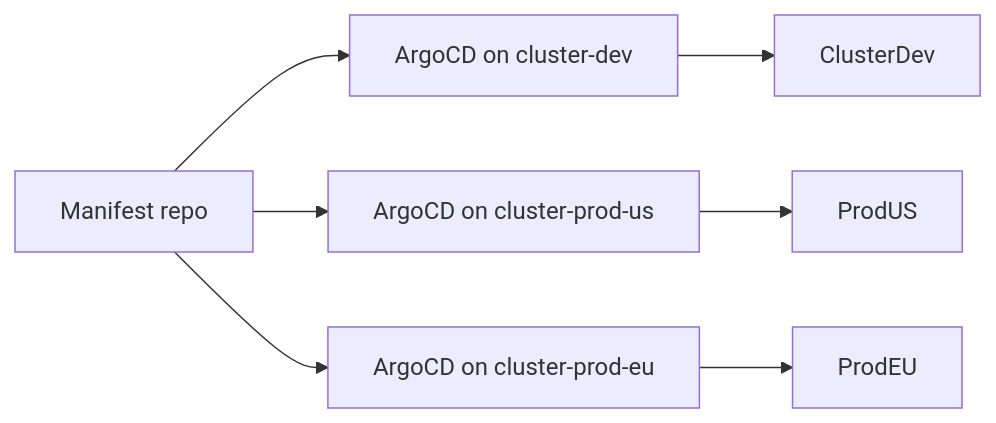
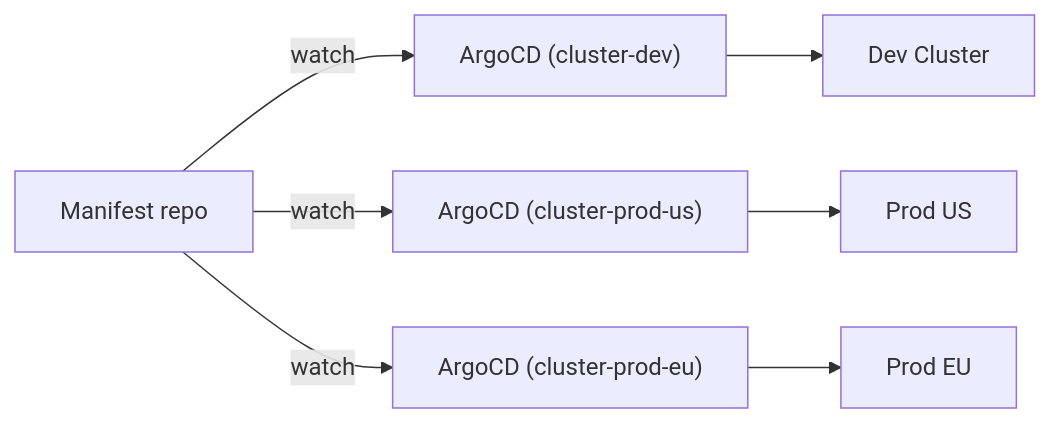
The seventh of 7 diagrams in src/content/wiki/devops/gitops-patterns.mdx (shinkeonkim/shinkeonkim.github.io), drawn with Mermaid before and after one commit. The commit also changed other lines of this file and 526 other files, not shown here.

First line of the commit message:
content(wiki): 전수조사 및 대규모 보강 (짧은 파일 0, mermaid +645)

````diff
--- a/src/content/wiki/devops/gitops-patterns.mdx
+++ b/src/content/wiki/devops/gitops-patterns.mdx
@@ -117,10 +269,10 @@
 ```mermaid
 flowchart LR
-    Git[Manifest repo]
-    Git --> Argo1[ArgoCD on cluster-dev]
-    Git --> Argo2[ArgoCD on cluster-prod-us]
-    Git --> Argo3[ArgoCD on cluster-prod-eu]
-    Argo1 --> ClusterDev
-    Argo2 --> ProdUS
-    Argo3 --> ProdEU
+    Git["Manifest repo"]
+    Git -->|watch| Argo1["ArgoCD (cluster-dev)"]
+    Git -->|watch| Argo2["ArgoCD (cluster-prod-us)"]
+    Git -->|watch| Argo3["ArgoCD (cluster-prod-eu)"]
+    Argo1 --> ClusterDev["Dev Cluster"]
+    Argo2 --> ProdUS["Prod US"]
+    Argo3 --> ProdEU["Prod EU"]
 ```
````
